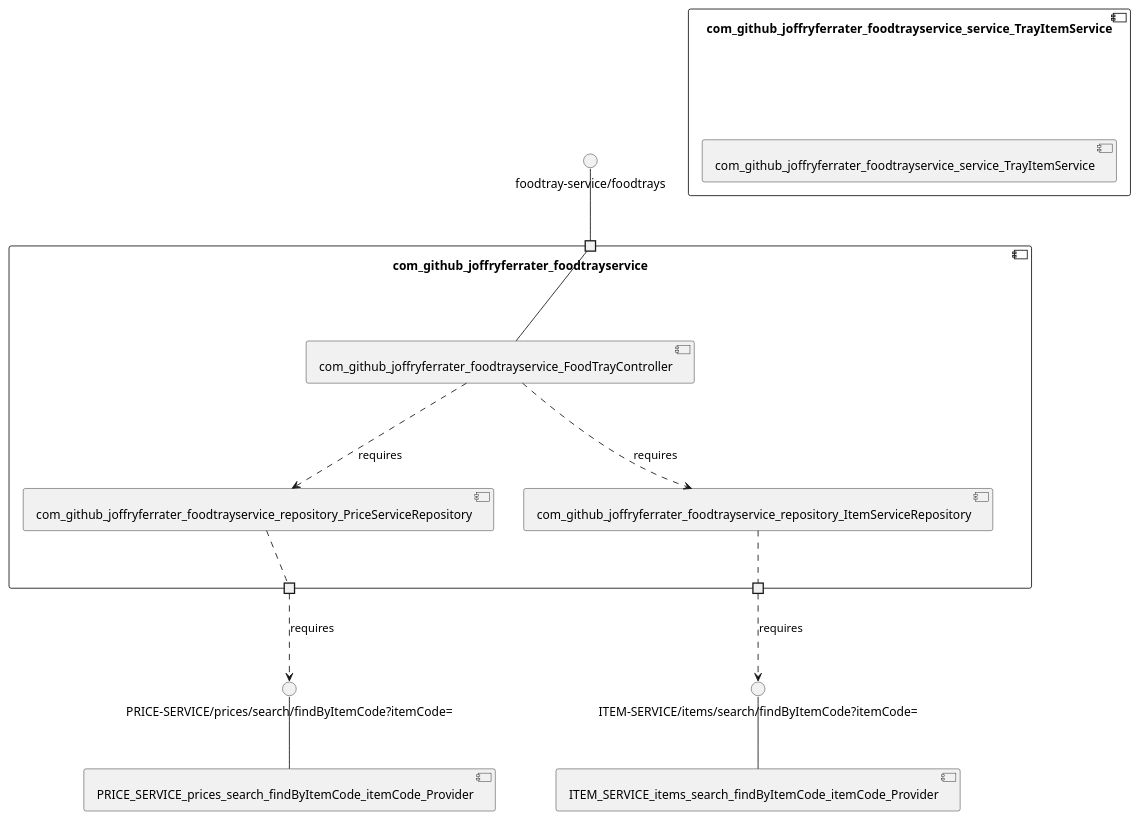
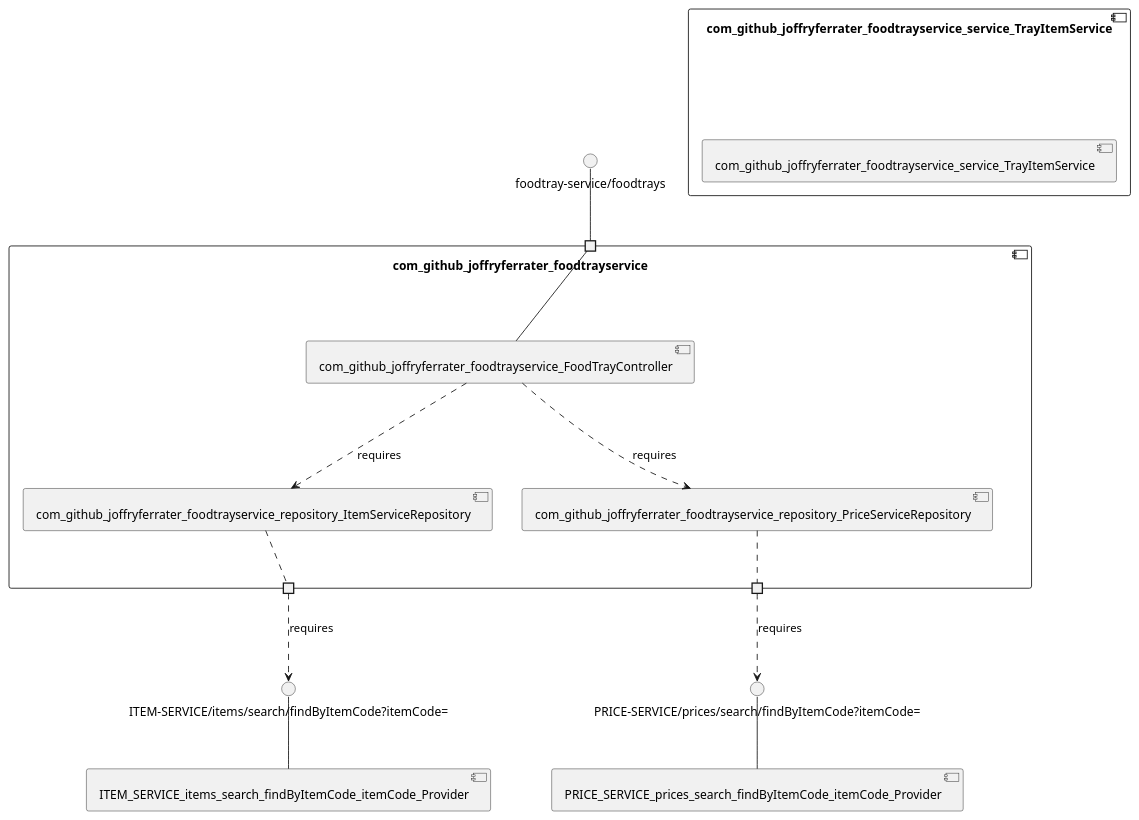
The diagram in jferrater-tap-and-eat-microservices/model_re/uml/componentDiagram.puml (View-Based-Reverse-Engineering/Retriever-Benchmark), drawn with PlantUML before and after one commit. The commit also changed other lines of this file and 366 other files, not shown here.

```diff
--- a/jferrater-tap-and-eat-microservices/model_re/uml/componentDiagram.puml
+++ b/jferrater-tap-and-eat-microservices/model_re/uml/componentDiagram.puml
@@ -1,31 +1,31 @@
 @startuml
 skinparam fixCircleLabelOverlapping true
 skinparam componentStyle uml2
 component "com_github_joffryferrater_foodtrayservice\n\n\n\n\n\n" {
 [com_github_joffryferrater_foodtrayservice_FoodTrayController]
+[com_github_joffryferrater_foodtrayservice_repository_PriceServiceRepository]
 [com_github_joffryferrater_foodtrayservice_repository_ItemServiceRepository]
-[com_github_joffryferrater_foodtrayservice_repository_PriceServiceRepository]
 portin " " as com_github_joffryferrater_foodtrayservice_requires_foodtray_service_foodtrays
+portout " " as com_github_joffryferrater_foodtrayservice_provides_ITEM_SERVICE_items_search_findByItemCode_itemCode_
 portout " " as com_github_joffryferrater_foodtrayservice_provides_PRICE_SERVICE_prices_search_findByItemCode_itemCode_
-portout " " as com_github_joffryferrater_foodtrayservice_provides_ITEM_SERVICE_items_search_findByItemCode_itemCode_
+[com_github_joffryferrater_foodtrayservice_FoodTrayController]..>[com_github_joffryferrater_foodtrayservice_repository_ItemServiceRepository] : requires
 [com_github_joffryferrater_foodtrayservice_FoodTrayController]..>[com_github_joffryferrater_foodtrayservice_repository_PriceServiceRepository] : requires
-[com_github_joffryferrater_foodtrayservice_FoodTrayController]..>[com_github_joffryferrater_foodtrayservice_repository_ItemServiceRepository] : requires
 "com_github_joffryferrater_foodtrayservice_requires_foodtray_service_foodtrays"--[com_github_joffryferrater_foodtrayservice_FoodTrayController]
 [com_github_joffryferrater_foodtrayservice_repository_ItemServiceRepository].."com_github_joffryferrater_foodtrayservice_provides_ITEM_SERVICE_items_search_findByItemCode_itemCode_"
 [com_github_joffryferrater_foodtrayservice_repository_PriceServiceRepository].."com_github_joffryferrater_foodtrayservice_provides_PRICE_SERVICE_prices_search_findByItemCode_itemCode_"
 }
 interface "foodtray-service/foodtrays" as interface.foodtray_service_foodtrays
 interface.foodtray_service_foodtrays--"com_github_joffryferrater_foodtrayservice_requires_foodtray_service_foodtrays"
 interface "ITEM-SERVICE/items/search/findByItemCode?itemCode=" as interface.ITEM_SERVICE_items_search_findByItemCode_itemCode_
 "com_github_joffryferrater_foodtrayservice_provides_ITEM_SERVICE_items_search_findByItemCode_itemCode_"..>interface.ITEM_SERVICE_items_search_findByItemCode_itemCode_ : requires
 interface "PRICE-SERVICE/prices/search/findByItemCode?itemCode=" as interface.PRICE_SERVICE_prices_search_findByItemCode_itemCode_
 "com_github_joffryferrater_foodtrayservice_provides_PRICE_SERVICE_prices_search_findByItemCode_itemCode_"..>interface.PRICE_SERVICE_prices_search_findByItemCode_itemCode_ : requires
 component "com_github_joffryferrater_foodtrayservice_service_TrayItemService\n\n\n\n\n\n" {
 [com_github_joffryferrater_foodtrayservice_service_TrayItemService]
 }
 interface "ITEM-SERVICE/items/search/findByItemCode?itemCode=" as interface.ITEM_SERVICE_items_search_findByItemCode_itemCode_
 interface.ITEM_SERVICE_items_search_findByItemCode_itemCode_--[ITEM_SERVICE_items_search_findByItemCode_itemCode_Provider]
 interface "PRICE-SERVICE/prices/search/findByItemCode?itemCode=" as interface.PRICE_SERVICE_prices_search_findByItemCode_itemCode_
 interface.PRICE_SERVICE_prices_search_findByItemCode_itemCode_--[PRICE_SERVICE_prices_search_findByItemCode_itemCode_Provider]
 
 @enduml
```
